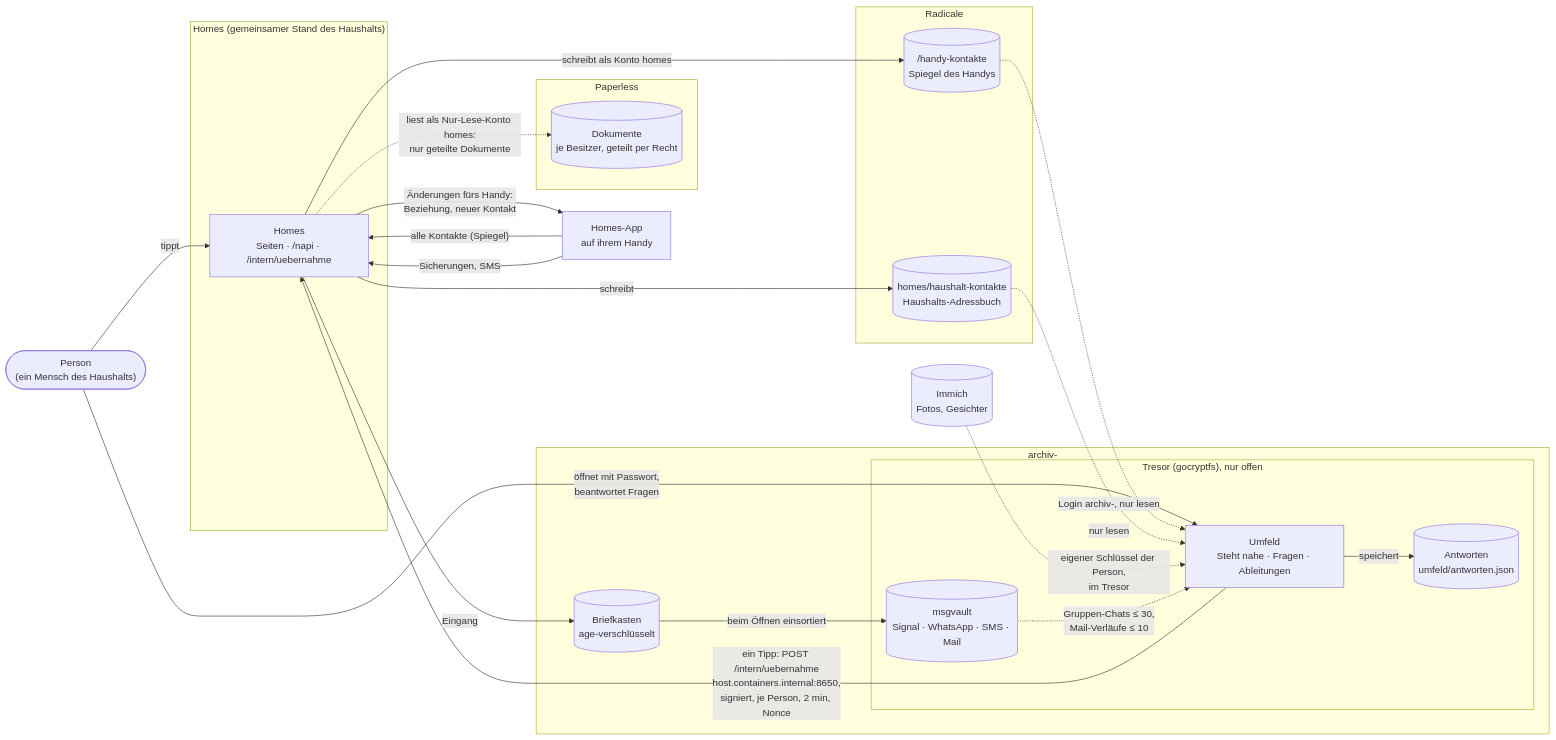
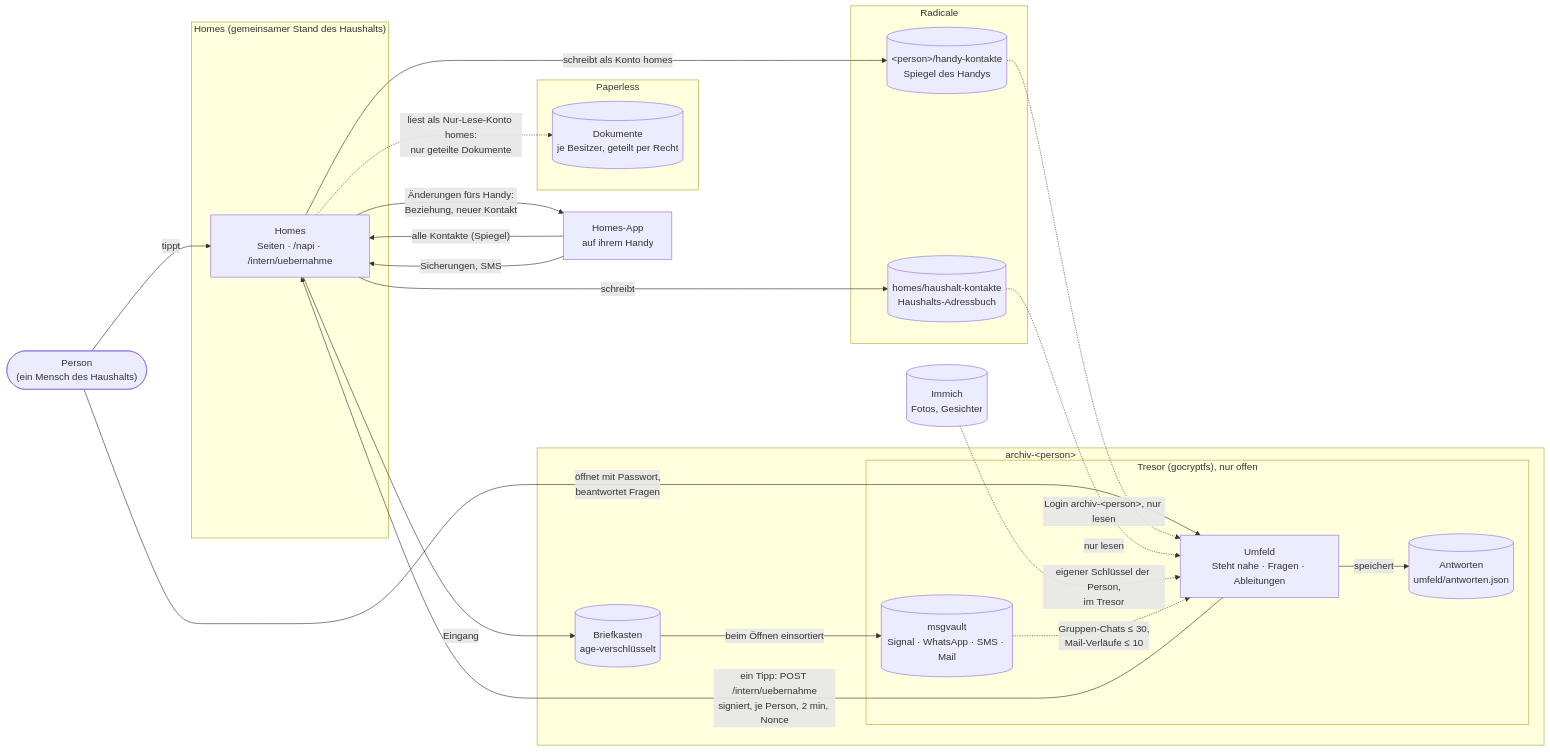
Before and after one commit to mdopp/laib: the third of 5 diagrams in docs/C4.md, drawn with Mermaid. The commit also changed other lines of this file and 40 other files, not shown here.

````diff
--- a/docs/C4.md
+++ b/docs/C4.md
@@ -118,41 +179,40 @@
 ```mermaid
 flowchart LR
-  person(["Person\n(ein Mensch des Haushalts)"])
-  handy["Homes-App\nauf ihrem Handy"]
+  person(["Person<br/>(ein Mensch des Haushalts)"])
+  handy["Homes-App<br/>auf ihrem Handy"]
   subgraph homesbox["Homes (gemeinsamer Stand des Haushalts)"]
-    homes["Homes\nSeiten · /napi · /intern/uebernahme"]
+    homes["Homes<br/>Seiten · /napi · /intern/uebernahme"]
   end
   subgraph radicale["Radicale"]
-    hb[("homes/haushalt-kontakte\nHaushalts-Adressbuch")]
-    pb[("<person>/handy-kontakte\nSpiegel des Handys")]
+    hb[("homes/haushalt-kontakte<br/>Haushalts-Adressbuch")]
+    pb[("#lt;person#gt;/handy-kontakte<br/>Spiegel des Handys")]
   end
   subgraph paperless["Paperless"]
-    pdocs[("Dokumente\nje Besitzer, geteilt per Recht")]
+    pdocs[("Dokumente<br/>je Besitzer, geteilt per Recht")]
   end
-  immich[("Immich\nFotos, Gesichter")]
-  subgraph archivbox["archiv-<person>"]
-    brief[("Briefkasten\nage-verschlüsselt")]
+  immich[("Immich<br/>Fotos, Gesichter")]
+  subgraph archivbox["archiv-#lt;person#gt;"]
+    brief[("Briefkasten<br/>age-verschlüsselt")]
     subgraph tresor["Tresor (gocryptfs), nur offen"]
-      mv[("msgvault\nSignal · WhatsApp · SMS · Mail")]
-      umfeld["Umfeld\nSteht nahe · Fragen · Ableitungen"]
-      antw[("Antworten\numfeld/antworten.json")]
+      mv[("msgvault<br/>Signal · WhatsApp · SMS · Mail")]
+      umfeld["Umfeld<br/>Steht nahe · Fragen · Ableitungen"]
+      antw[("Antworten<br/>umfeld/antworten.json")]
     end
   end
-
   person -->|"tippt"| homes
-  person -->|"öffnet mit Passwort,\nbeantwortet Fragen"| umfeld
+  person -->|"öffnet mit Passwort,<br/>beantwortet Fragen"| umfeld
   handy -->|"alle Kontakte (Spiegel)"| homes
   homes -->|"schreibt als Konto homes"| pb
   homes -->|"schreibt"| hb
-  homes -.->|"liest als Nur-Lese-Konto homes:\nnur geteilte Dokumente"| pdocs
-  homes -->|"Änderungen fürs Handy:\nBeziehung, neuer Kontakt"| handy
+  homes -.->|"liest als Nur-Lese-Konto homes:<br/>nur geteilte Dokumente"| pdocs
+  homes -->|"Änderungen fürs Handy:<br/>Beziehung, neuer Kontakt"| handy
   handy -->|"Sicherungen, SMS"| homes
   homes -->|"Eingang"| brief
   brief -->|"beim Öffnen einsortiert"| mv
-  pb -.->|"Login archiv-<person>, nur lesen"| umfeld
+  pb -.->|"Login archiv-#lt;person#gt;, nur lesen"| umfeld
   hb -.->|"nur lesen"| umfeld
-  immich -.->|"eigener Schlüssel der Person,\nim Tresor"| umfeld
-  mv -.->|"Gruppen-Chats ≤ 30,\nMail-Verläufe ≤ 10"| umfeld
+  immich -.->|"eigener Schlüssel der Person,<br/>im Tresor"| umfeld
+  mv -.->|"Gruppen-Chats ≤ 30,<br/>Mail-Verläufe ≤ 10"| umfeld
   umfeld -->|"speichert"| antw
-  umfeld -->|"ein Tipp: POST /intern/uebernahme\nhost.containers.internal:8650,\nsigniert, je Person, 2 min, Nonce"| homes
+  umfeld -->|"ein Tipp: POST /intern/uebernahme<br/>signiert, je Person, 2 min, Nonce"| homes
 ```
````
